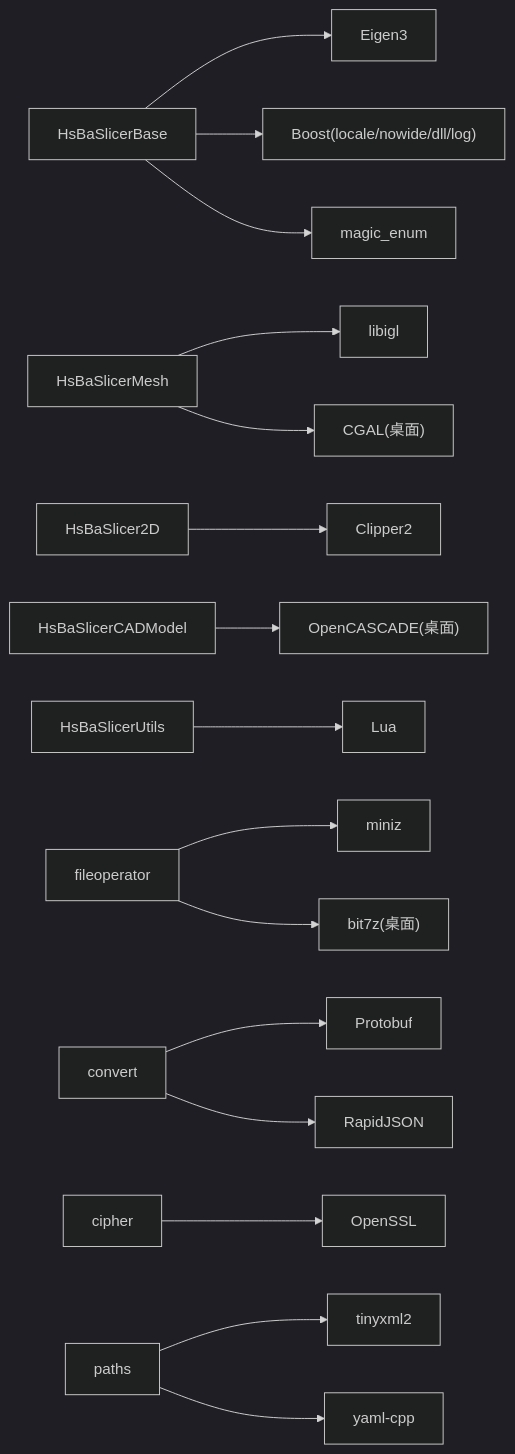
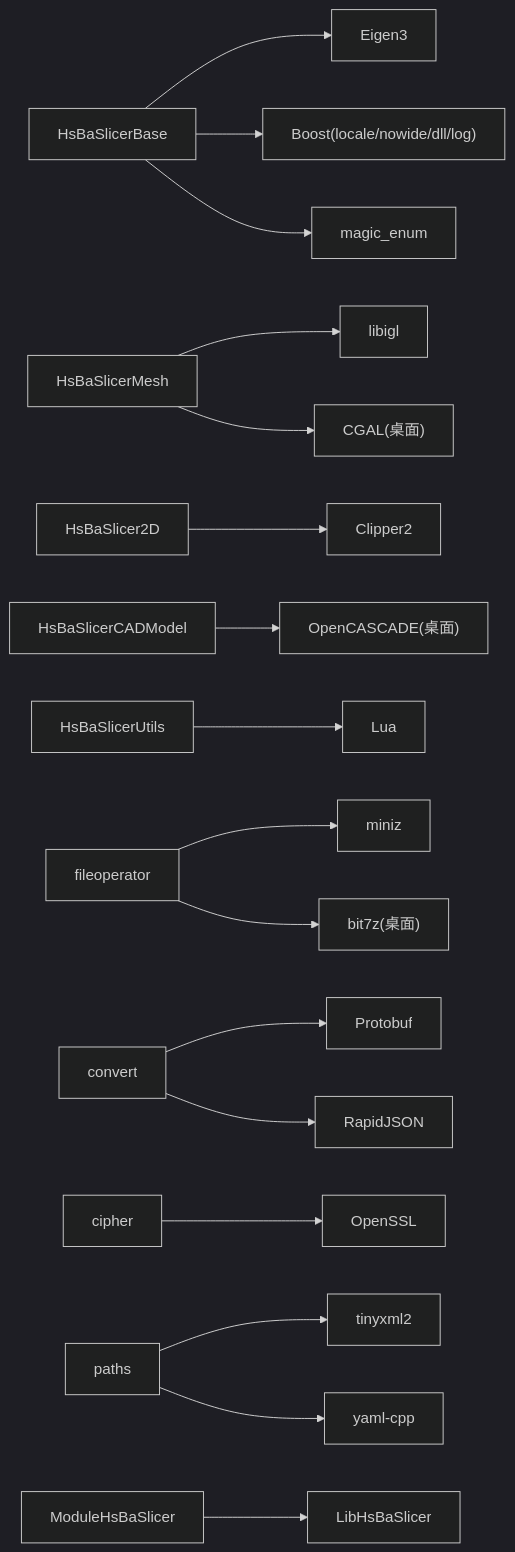
The tenth of 10 diagrams in .qoder/repowiki/zh/content/构建与部署/跨平台构建系统.md (hsmbanlance/HsBaSlicer), drawn with Mermaid (dark theme) before and after one commit. The commit also changed other lines of this file and 19 other files, not shown here.

````diff
--- a/.qoder/repowiki/zh/content/构建与部署/跨平台构建系统.md
+++ b/.qoder/repowiki/zh/content/构建与部署/跨平台构建系统.md
@@ -364,18 +478,19 @@
 ```mermaid
 graph LR
 Base["HsBaSlicerBase"] --> Eigen["Eigen3"]
 Base --> Boost["Boost(locale/nowide/dll/log)"]
 Base --> Magic["magic_enum"]
 Mesh["HsBaSlicerMesh"] --> IGL["libigl"]
 Mesh --> CGAL["CGAL(桌面)"]
 TwoD["HsBaSlicer2D"] --> Clipper["Clipper2"]
 CAD["HsBaSlicerCADModel"] --> OCCT["OpenCASCADE(桌面)"]
 Utils["HsBaSlicerUtils"] --> Lua["Lua"]
 FileOp["fileoperator"] --> Miniz["miniz"]
 FileOp --> Bit7z["bit7z(桌面)"]
 Convert["convert"] --> Protobuf["Protobuf"]
 Convert --> RapidJSON["RapidJSON"]
 Cipher["cipher"] --> OpenSSL["OpenSSL"]
 Paths["paths"] --> TinyXML["tinyxml2"]
 Paths --> YAML["yaml-cpp"]
+Module["ModuleHsBaSlicer"] --> Lib["LibHsBaSlicer"]
 ```
````
